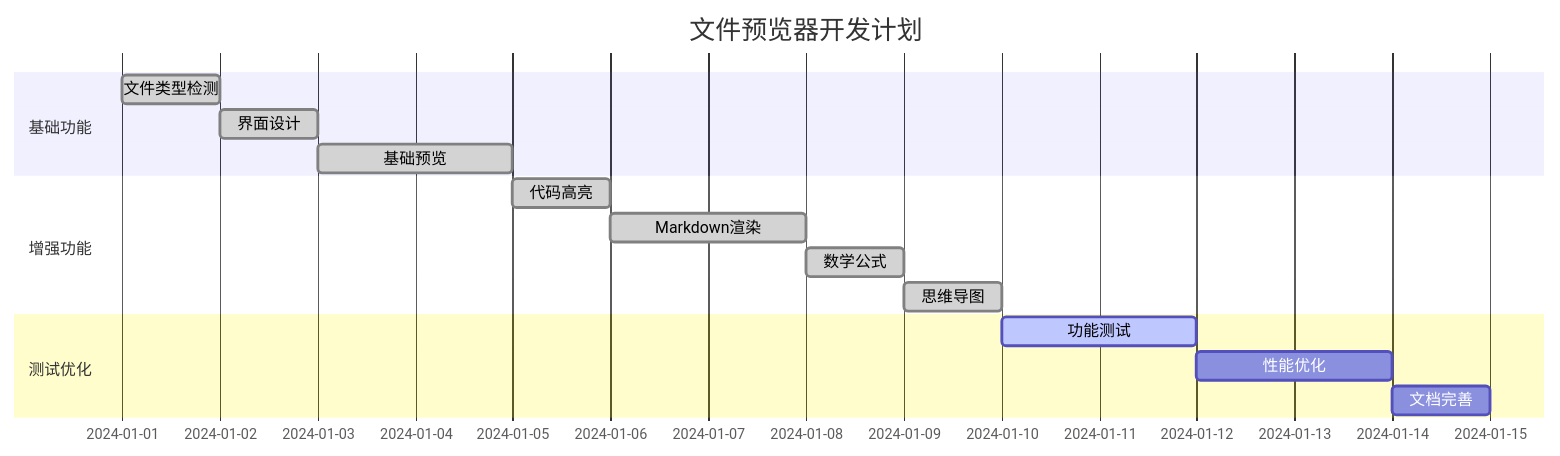
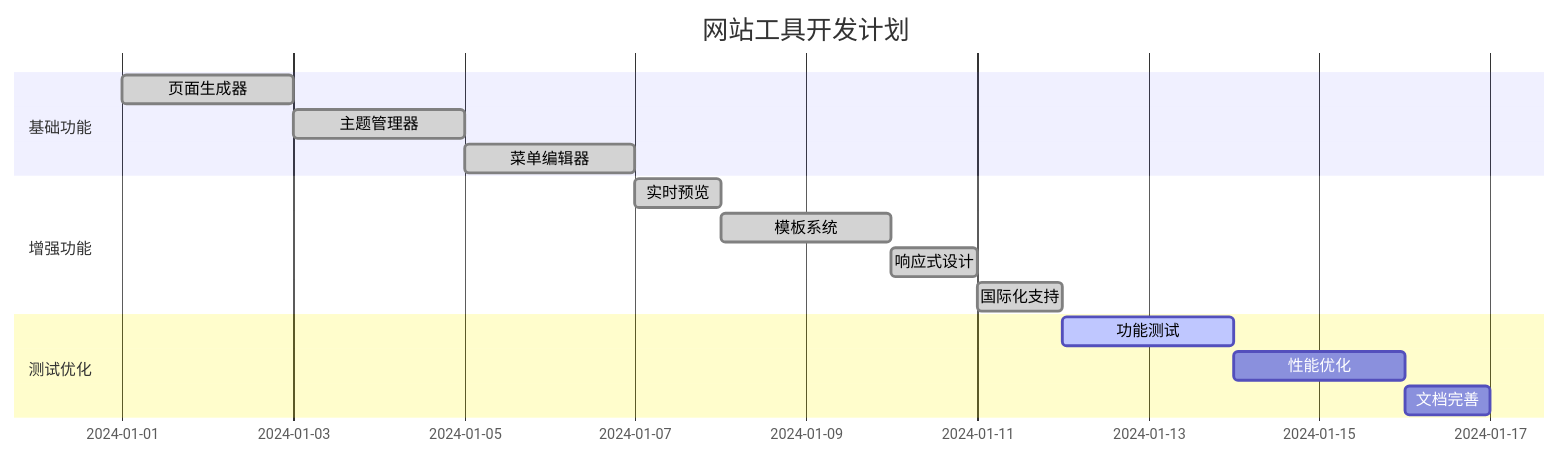
The third of 3 diagrams in dev/test-files/sample.md (uncle1bo/uncle1boStatic), drawn with Mermaid before and after one commit. The commit also changed other lines of this file and 11 other files, not shown here.

````diff
--- a/dev/test-files/sample.md
+++ b/dev/test-files/sample.md
@@ -180,18 +180,18 @@
 ```mermaid
 gantt
-    title 文件预览器开发计划
+    title 网站工具开发计划
     dateFormat  YYYY-MM-DD
     section 基础功能
-    文件类型检测    :done, detect, 2024-01-01, 2024-01-02
-    界面设计        :done, ui, 2024-01-02, 2024-01-03
-    基础预览        :done, basic, 2024-01-03, 2024-01-05
+    页面生成器      :done, generator, 2024-01-01, 2024-01-03
+    主题管理器      :done, theme, 2024-01-03, 2024-01-05
+    菜单编辑器      :done, menu, 2024-01-05, 2024-01-07
     section 增强功能
-    代码高亮        :done, highlight, 2024-01-05, 2024-01-06
-    Markdown渲染    :done, markdown, 2024-01-06, 2024-01-08
-    数学公式        :done, math, 2024-01-08, 2024-01-09
-    思维导图        :done, mermaid, 2024-01-09, 2024-01-10
+    实时预览        :done, preview, 2024-01-07, 2024-01-08
+    模板系统        :done, template, 2024-01-08, 2024-01-10
+    响应式设计      :done, responsive, 2024-01-10, 2024-01-11
+    国际化支持      :done, i18n, 2024-01-11, 2024-01-12
     section 测试优化
-    功能测试        :active, test, 2024-01-10, 2024-01-12
-    性能优化        :optimize, 2024-01-12, 2024-01-14
-    文档完善        :docs, 2024-01-14, 2024-01-15
+    功能测试        :active, test, 2024-01-12, 2024-01-14
+    性能优化        :optimize, 2024-01-14, 2024-01-16
+    文档完善        :docs, 2024-01-16, 2024-01-17
 ```
````
